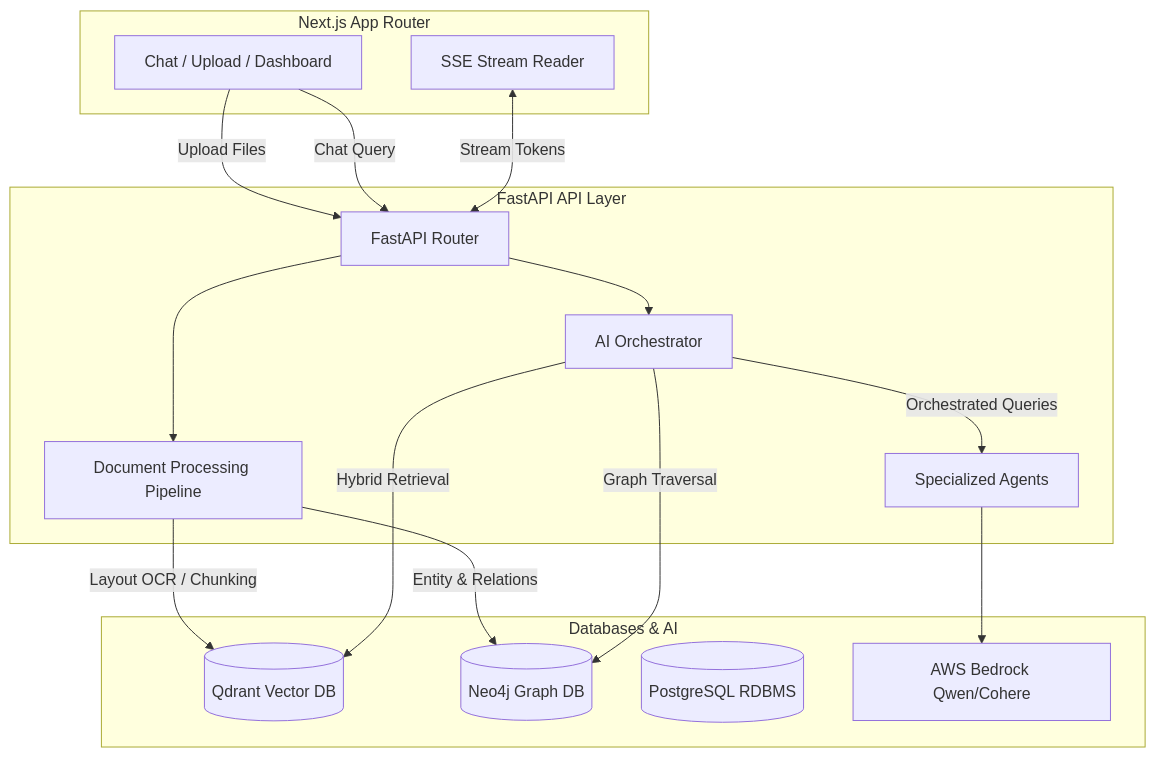
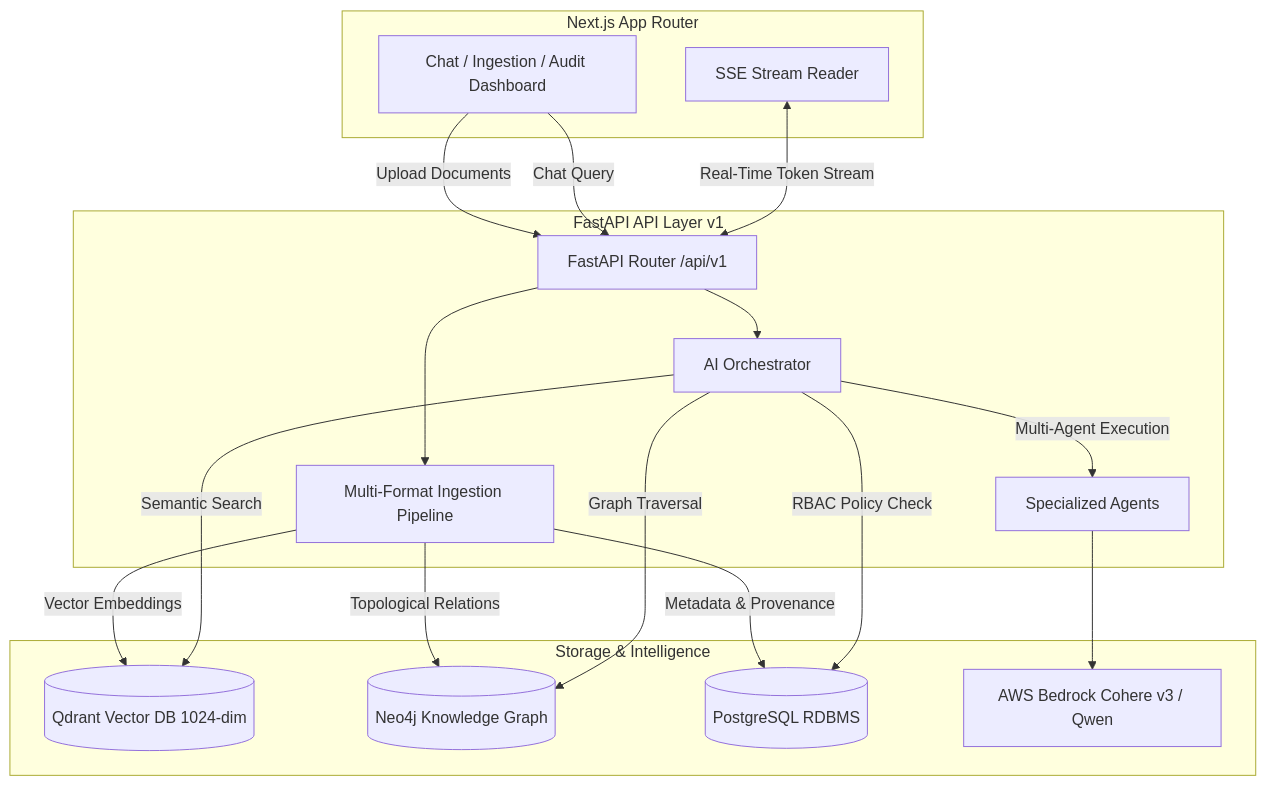
The diagram in README.md (CHERRY0456/Sangrahalayamu---Unified-Brain-AI), drawn with Mermaid before and after one commit. The commit also changed other lines of this file and 103 other files, not shown here.

````diff
--- a/README.md
+++ b/README.md
@@ -9,33 +9,35 @@
 ```mermaid
 graph TD
     subgraph Frontend [Next.js App Router]
-        UI[Chat / Upload / Dashboard]
+        UI[Chat / Ingestion / Audit Dashboard]
         SSE[SSE Stream Reader]
     end
 
-    subgraph Backend [FastAPI API Layer]
-        Router[FastAPI Router]
-        Pipeline[Document Processing Pipeline]
+    subgraph Backend [FastAPI API Layer v1]
+        Router[FastAPI Router /api/v1]
+        Pipeline[Multi-Format Ingestion Pipeline]
         Orch[AI Orchestrator]
         Agents[Specialized Agents]
     end
 
-    subgraph Databases & AI
-        Qdrant[(Qdrant Vector DB)]
-        Neo4j[(Neo4j Graph DB)]
+    subgraph Storage & Intelligence
+        Qdrant[(Qdrant Vector DB 1024-dim)]
+        Neo4j[(Neo4j Knowledge Graph)]
         Postgres[(PostgreSQL RDBMS)]
-        Bedrock[AWS Bedrock Qwen/Cohere]
+        Bedrock[AWS Bedrock Cohere v3 / Qwen]
     end
 
-    UI -->|Upload Files| Router
+    UI -->|Upload Documents| Router
     UI -->|Chat Query| Router
     Router --> Pipeline
     Router --> Orch
-    Pipeline -->|Layout OCR / Chunking| Qdrant
-    Pipeline -->|Entity & Relations| Neo4j
-    Orch -->|Hybrid Retrieval| Qdrant
+    Pipeline -->|Vector Embeddings| Qdrant
+    Pipeline -->|Topological Relations| Neo4j
+    Pipeline -->|Metadata & Provenance| Postgres
+    Orch -->|Semantic Search| Qdrant
     Orch -->|Graph Traversal| Neo4j
-    Orch -->|Orchestrated Queries| Agents
+    Orch -->|RBAC Policy Check| Postgres
+    Orch -->|Multi-Agent Execution| Agents
     Agents --> Bedrock
-    SSE <-->|Stream Tokens| Router
+    SSE <-->|Real-Time Token Stream| Router
 ```
````
